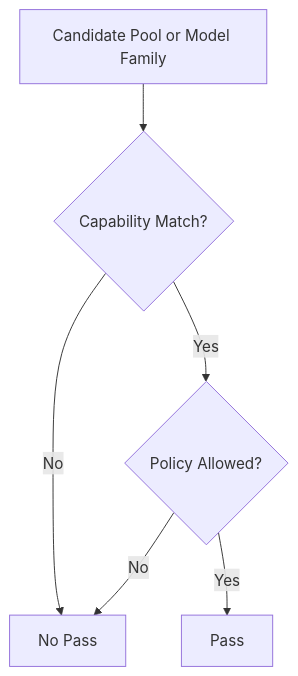
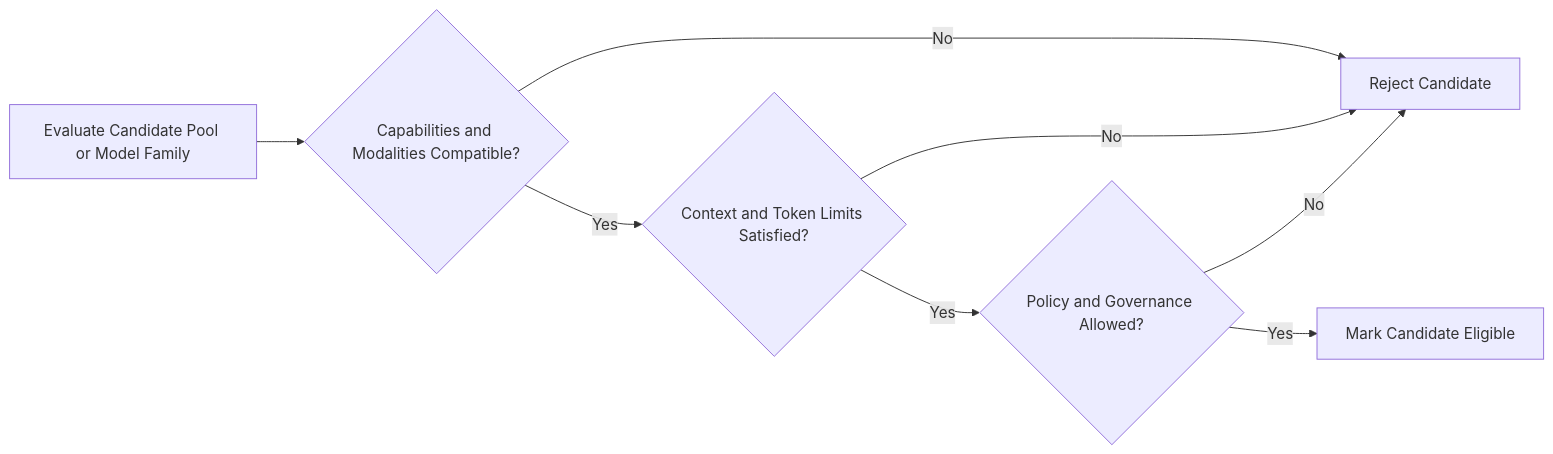
Before and after one commit to puyanguvic/semenatic_routing_and_load_balance: the third of 4 diagrams in ase_semantic_router.md, drawn with Mermaid. The commit also changed other lines of this file, not shown here.

````diff
--- a/ase_semantic_router.md
+++ b/ase_semantic_router.md
@@ -179,9 +179,12 @@
 ```mermaid
-flowchart TD
-    A[Candidate Pool or Model Family] --> B{Capability Match?}
+flowchart LR
+    A[Evaluate Candidate Pool or Model Family] --> B{Capabilities and Modalities Compatible?}
+    B -- No --> R[Reject Candidate]
 
-    B -- No --> NP[No Pass]
-    B -- Yes --> C{Policy Allowed?}
-    C -- No --> NP[No Pass]
-    C -- Yes --> D[Pass]
+    B -- Yes --> C{Context and Token Limits Satisfied?}
+    C -- No --> R
+
+    C -- Yes --> D{Policy and Governance Allowed?}
+    D -- No --> R
+    D -- Yes --> P[Mark Candidate Eligible]
 ```
````
